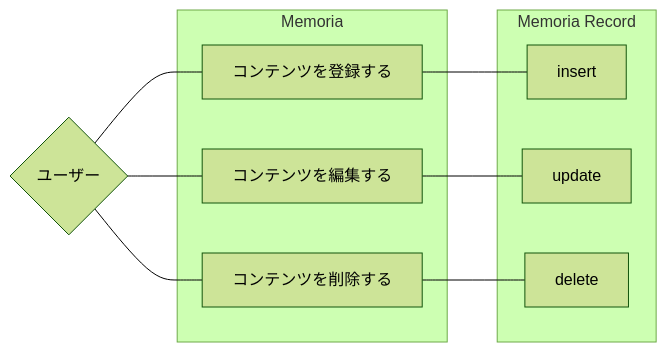
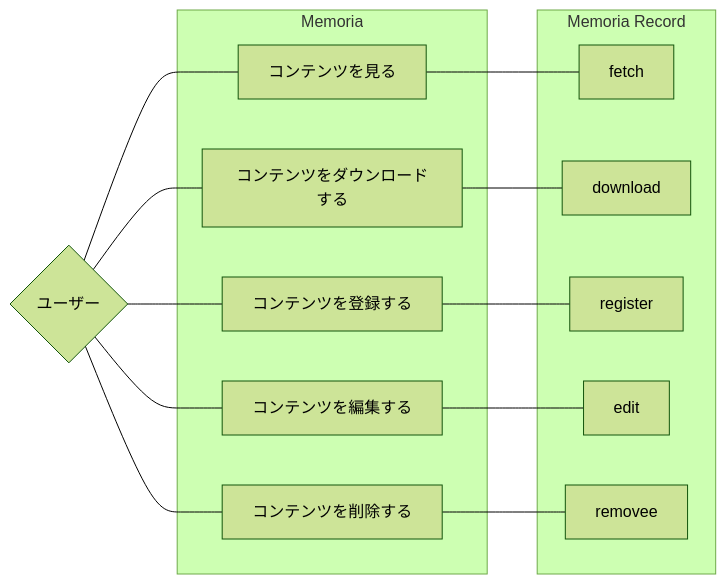
The first of 2 diagrams in pages/micro-services/memoria-record.mdx (hazuki3417/memoria-design), drawn with Mermaid (forest theme) before and after one commit. The commit also changed other lines of this file and 1 other file, not shown here.

````diff
--- a/pages/micro-services/memoria-record.mdx
+++ b/pages/micro-services/memoria-record.mdx
@@ -11,29 +11,39 @@
 ```mermaid
 flowchart LR
 
 user{ユーザー}
 
+memoria-fetch[コンテンツを見る]
+memoria-download[コンテンツをダウンロードする]
 memoria-register[コンテンツを登録する]
 memoria-edit[コンテンツを編集する]
-memoria-remove[コンテンツを削除する]
+memoria-removee[コンテンツを削除する]
 
-memoria-record-register[insert]
-memoria-record-edit[update]
-memoria-record-remove[delete]
+memoria-record-fetch[fetch]
+memoria-record-download[download]
+memoria-record-register[register]
+memoria-record-edit[edit]
+memoria-record-removee[removee]
 
+user --- memoria-fetch --- memoria-record-fetch
+user --- memoria-download --- memoria-record-download
 user --- memoria-register --- memoria-record-register
 user --- memoria-edit --- memoria-record-edit
-user --- memoria-remove --- memoria-record-remove
+user --- memoria-removee --- memoria-record-removee
 
 subgraph Memoria
+  memoria-fetch
+  memoria-download
   memoria-register
   memoria-edit
-  memoria-remove
+  memoria-removee
 end
 
 subgraph Memoria Record
+  memoria-record-fetch
+  memoria-record-download
   memoria-record-register
   memoria-record-edit
-  memoria-record-remove
+  memoria-record-removee
 end
 ```
````
